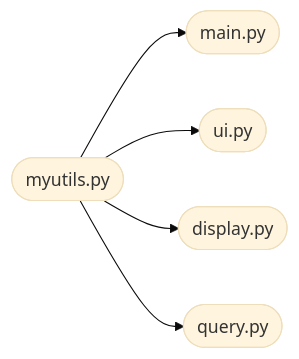
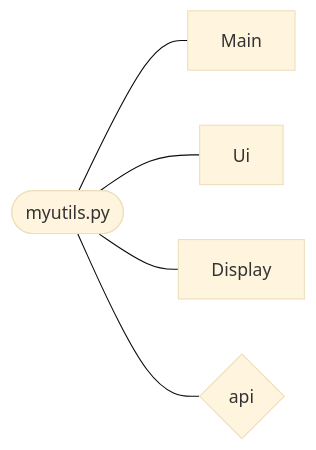
The second of 4 diagrams in bussitt-app/dokumentaatio/arkkitehtuuri.md (astranero/ot-harjoitustyo-1), drawn with Mermaid (base theme) before and after one commit. The commit also changed other lines of this file, not shown here.

````diff
--- a/bussitt-app/dokumentaatio/arkkitehtuuri.md
+++ b/bussitt-app/dokumentaatio/arkkitehtuuri.md
@@ -26,7 +17,7 @@
 ```mermaid
 flowchart LR
-    myutils([myutils.py]) --> main([main.py])
-    myutils([myutils.py]) --> ui([ui.py])
-    myutils([myutils.py]) --> display([display.py])
-    myutils([myutils.py]) --> query([query.py])
+    myutils([myutils.py]) --- Main
+    myutils([myutils.py]) --- Ui
+    myutils([myutils.py]) --- Display
+    myutils([myutils.py]) --- api{api}
 ```
````
